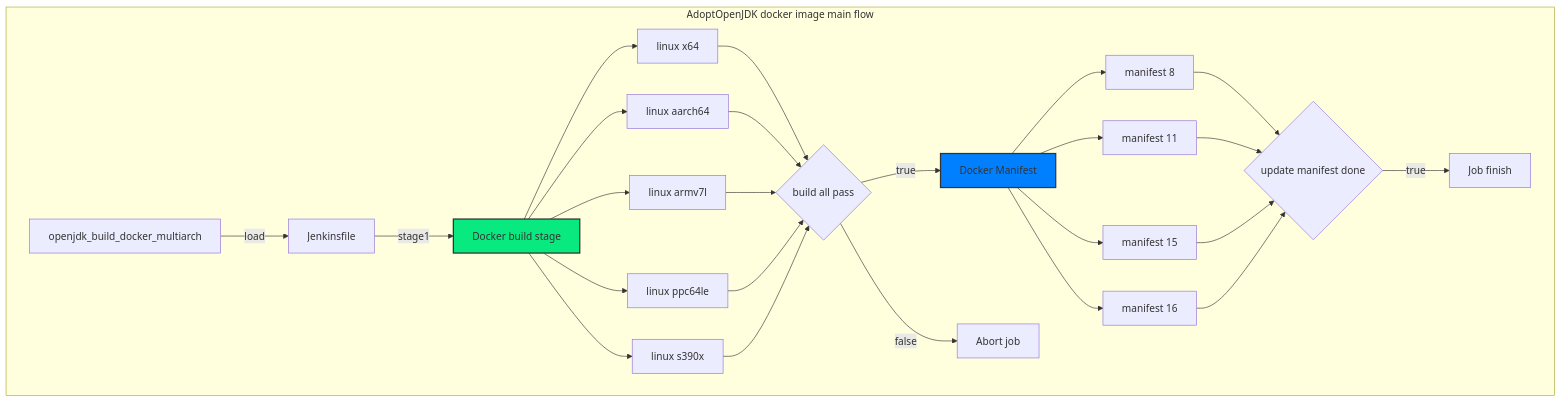
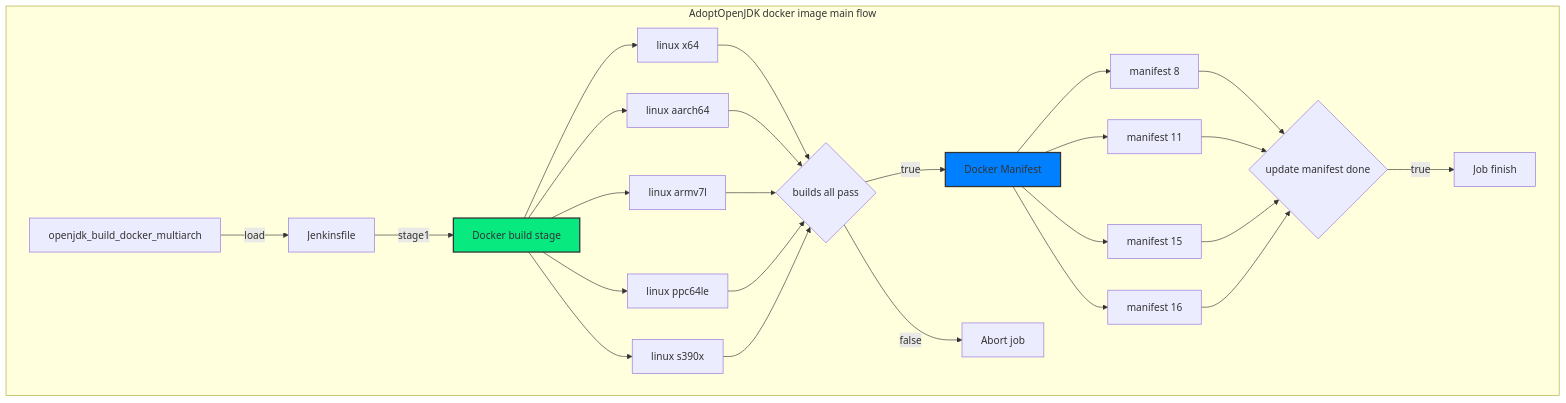
Before and after one commit to adoptium/ci-jenkins-pipelines: the eighth of 9 diagrams in docs/diagram.md, drawn with Mermaid.

Commit message:
fixed the "build all pass" typo to "builds all pass"

````diff
--- a/docs/diagram.md
+++ b/docs/diagram.md
@@ -380,42 +380,42 @@
 ```mermaid
 
 flowchart TD
 
 subgraph AdoptOpenJDK docker image main flow
 
 job[openjdk_build_docker_multiarch] --load--> load[Jenkinsfile] --stage1-->
 
 stage1[Docker build stage]
 
-stage1 --> 11[linux x64] --> stagecheck{ build all pass}
+stage1 --> 11[linux x64] --> stagecheck{ builds all pass}
 
 stage1 --> 12[linux aarch64]--> stagecheck
 
 stage1 --> 13[linux armv7l]--> stagecheck
 
 stage1 --> 14[linux ppc64le]--> stagecheck
 
 stage1 --> 15[linux s390x]--> stagecheck
 
 stagecheck --true--> stage2[Docker Manifest]
 
 stagecheck --false--> abort[Abort job]
 
 stage2 --> 21[manifest 8] --> finalcheck{ update manifest done}
 
 stage2 --> 22[manifest 11] --> finalcheck
 
 stage2 --> 23[manifest 15] --> finalcheck
 
 stage2 --> 24[manifest 16] --> finalcheck
 
 finalcheck --true--> done[Job finish]
 
 end
 
 classDef green fill:#08e980,stroke:#333,stroke-width:2px
 classDef blue fill:#0080ff,stroke:#333,stroke-width:2px
 class stage1 green
 class stage2 blue
 
 ```
````
